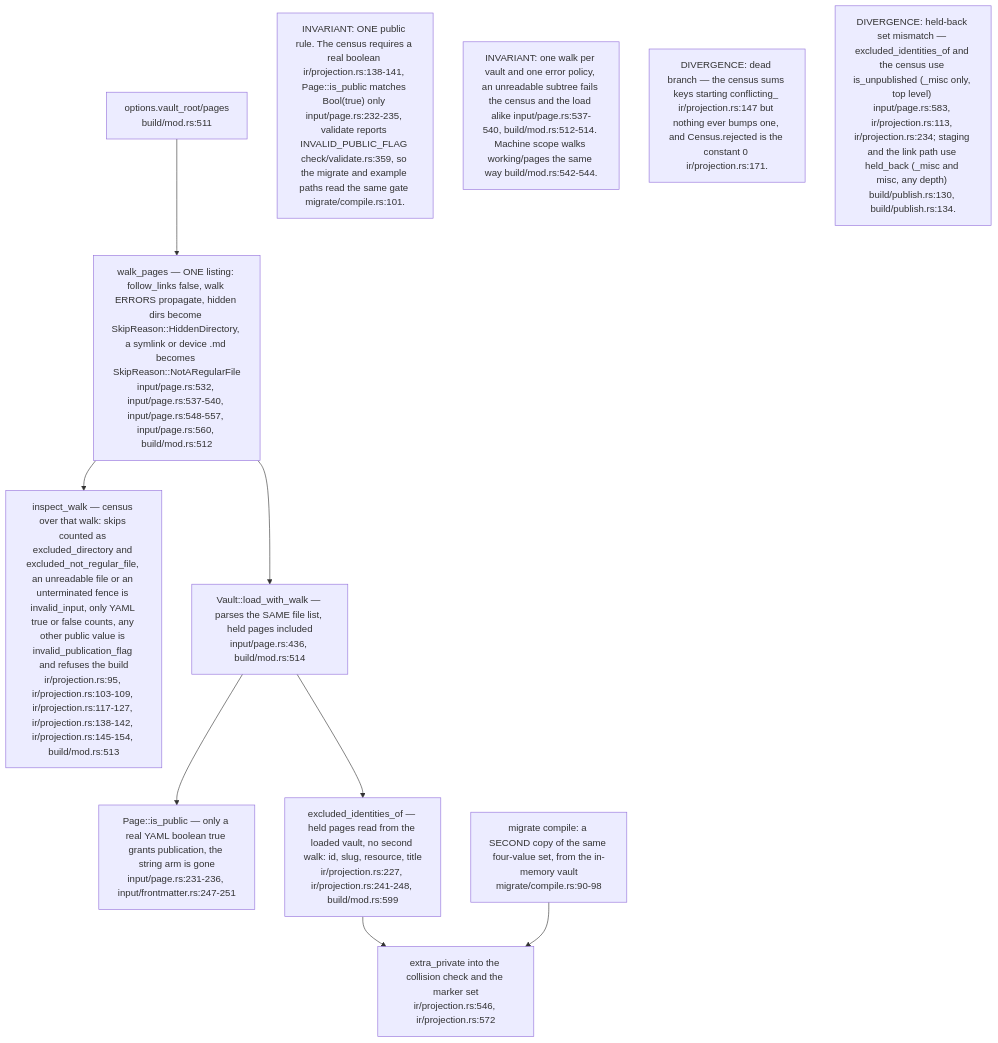
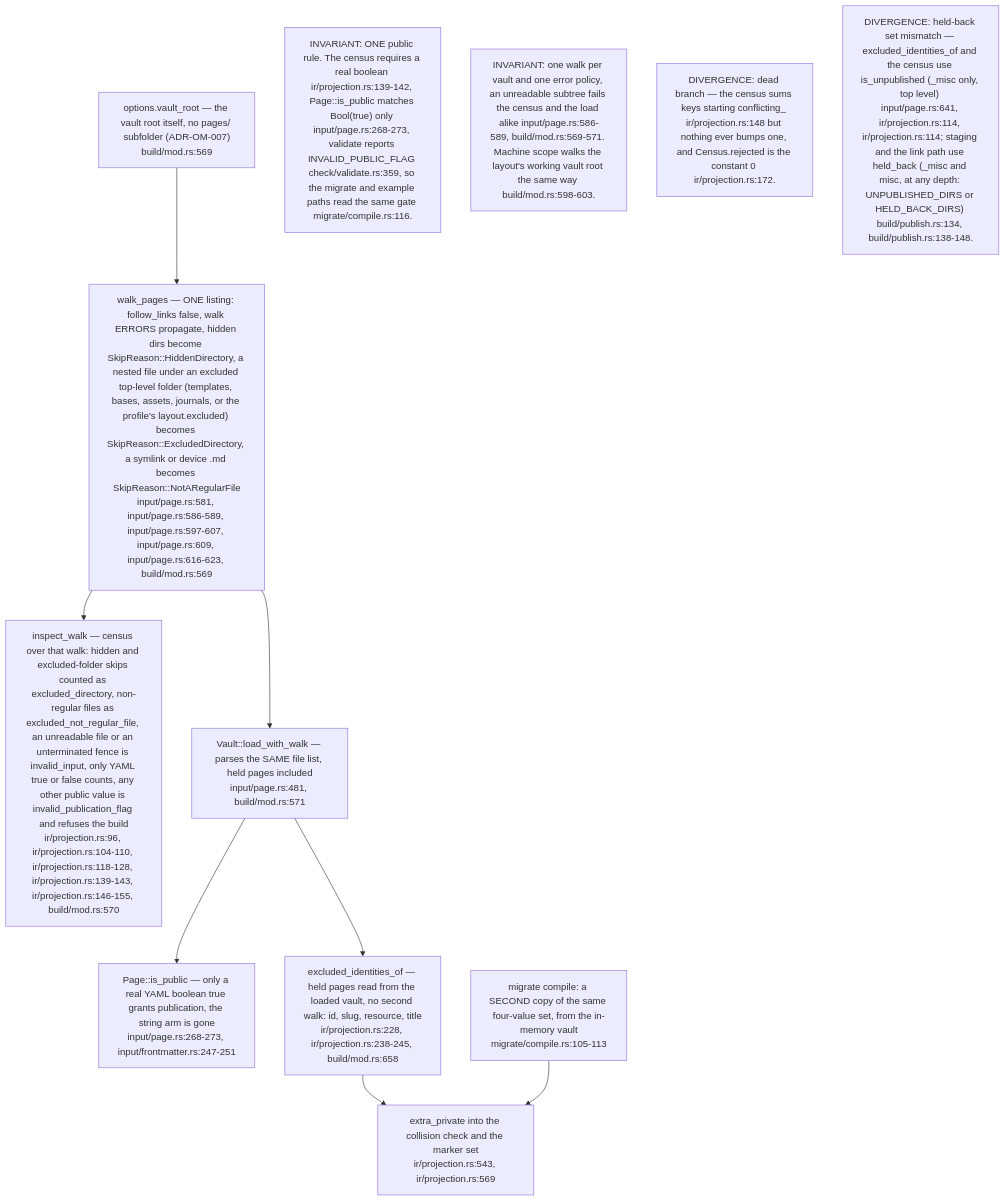
One commit to DreamLab-AI/VisionFlow changed the fifth of 6 diagrams in docs/diagrams/ontomark/02-ir-corpus-projection-and-redaction.md. Above: the diagram before and after it, drawn with Mermaid. The commit also changed other lines of this file and 160 other files, not shown here.

````diff
--- a/docs/diagrams/ontomark/02-ir-corpus-projection-and-redaction.md
+++ b/docs/diagrams/ontomark/02-ir-corpus-projection-and-redaction.md
@@ -180,20 +180,20 @@
 ```mermaid
 flowchart TD
-    DIR["options.vault_root/pages<br/>build/mod.rs:511"]
-    W1["walk_pages — ONE listing: follow_links false, walk ERRORS propagate, hidden dirs become SkipReason::HiddenDirectory, a symlink or device .md becomes SkipReason::NotARegularFile<br/>input/page.rs:532, input/page.rs:537-540, input/page.rs:548-557, input/page.rs:560, build/mod.rs:512"]
-    CEN["inspect_walk — census over that walk: skips counted as excluded_directory and excluded_not_regular_file, an unreadable file or an unterminated fence is invalid_input, only YAML true or false counts, any other public value is invalid_publication_flag and refuses the build<br/>ir/projection.rs:95, ir/projection.rs:103-109, ir/projection.rs:117-127, ir/projection.rs:138-142, ir/projection.rs:145-154, build/mod.rs:513"]
-    LOAD["Vault::load_with_walk — parses the SAME file list, held pages included<br/>input/page.rs:436, build/mod.rs:514"]
-    PUB["Page::is_public — only a real YAML boolean true grants publication, the string arm is gone<br/>input/page.rs:231-236, input/frontmatter.rs:247-251"]
-    EXC["excluded_identities_of — held pages read from the loaded vault, no second walk: id, slug, resource, title<br/>ir/projection.rs:227, ir/projection.rs:241-248, build/mod.rs:599"]
-    MIG["migrate compile: a SECOND copy of the same four-value set, from the in-memory vault<br/>migrate/compile.rs:90-98"]
-    USE["extra_private into the collision check and the marker set<br/>ir/projection.rs:546, ir/projection.rs:572"]
+    DIR["options.vault_root — the vault root itself, no pages/ subfolder (ADR-OM-007)<br/>build/mod.rs:569"]
+    W1["walk_pages — ONE listing: follow_links false, walk ERRORS propagate, hidden dirs become SkipReason::HiddenDirectory, a nested file under an excluded top-level folder (templates, bases, assets, journals, or the profile's layout.excluded) becomes SkipReason::ExcludedDirectory, a symlink or device .md becomes SkipReason::NotARegularFile<br/>input/page.rs:581, input/page.rs:586-589, input/page.rs:597-607, input/page.rs:609, input/page.rs:616-623, build/mod.rs:569"]
+    CEN["inspect_walk — census over that walk: hidden and excluded-folder skips counted as excluded_directory, non-regular files as excluded_not_regular_file, an unreadable file or an unterminated fence is invalid_input, only YAML true or false counts, any other public value is invalid_publication_flag and refuses the build<br/>ir/projection.rs:96, ir/projection.rs:104-110, ir/projection.rs:118-128, ir/projection.rs:139-143, ir/projection.rs:146-155, build/mod.rs:570"]
+    LOAD["Vault::load_with_walk — parses the SAME file list, held pages included<br/>input/page.rs:481, build/mod.rs:571"]
+    PUB["Page::is_public — only a real YAML boolean true grants publication, the string arm is gone<br/>input/page.rs:268-273, input/frontmatter.rs:247-251"]
+    EXC["excluded_identities_of — held pages read from the loaded vault, no second walk: id, slug, resource, title<br/>ir/projection.rs:228, ir/projection.rs:238-245, build/mod.rs:658"]
+    MIG["migrate compile: a SECOND copy of the same four-value set, from the in-memory vault<br/>migrate/compile.rs:105-113"]
+    USE["extra_private into the collision check and the marker set<br/>ir/projection.rs:543, ir/projection.rs:569"]
     DIR --> W1
     W1 --> CEN
     W1 --> LOAD --> PUB
     LOAD --> EXC --> USE
     MIG --> USE
-    n1["INVARIANT: ONE public rule. The census requires a real boolean ir/projection.rs:138-141, Page::is_public matches Bool(true) only input/page.rs:232-235, validate reports INVALID_PUBLIC_FLAG check/validate.rs:359, so the migrate and example paths read the same gate migrate/compile.rs:101."]
-    n2["INVARIANT: one walk per vault and one error policy, an unreadable subtree fails the census and the load alike input/page.rs:537-540, build/mod.rs:512-514. Machine scope walks working/pages the same way build/mod.rs:542-544."]
-    n4["DIVERGENCE: dead branch — the census sums keys starting conflicting_ ir/projection.rs:147 but nothing ever bumps one, and Census.rejected is the constant 0 ir/projection.rs:171."]
-    n5["DIVERGENCE: held-back set mismatch — excluded_identities_of and the census use is_unpublished (_misc only, top level) input/page.rs:583, ir/projection.rs:113, ir/projection.rs:234; staging and the link path use held_back (_misc and misc, any depth) build/publish.rs:130, build/publish.rs:134."]
+    n1["INVARIANT: ONE public rule. The census requires a real boolean ir/projection.rs:139-142, Page::is_public matches Bool(true) only input/page.rs:268-273, validate reports INVALID_PUBLIC_FLAG check/validate.rs:359, so the migrate and example paths read the same gate migrate/compile.rs:116."]
+    n2["INVARIANT: one walk per vault and one error policy, an unreadable subtree fails the census and the load alike input/page.rs:586-589, build/mod.rs:569-571. Machine scope walks the layout's working vault root the same way build/mod.rs:598-603."]
+    n4["DIVERGENCE: dead branch — the census sums keys starting conflicting_ ir/projection.rs:148 but nothing ever bumps one, and Census.rejected is the constant 0 ir/projection.rs:172."]
+    n5["DIVERGENCE: held-back set mismatch — excluded_identities_of and the census use is_unpublished (_misc only, top level) input/page.rs:641, ir/projection.rs:114, ir/projection.rs:114; staging and the link path use held_back (_misc and misc, at any depth: UNPUBLISHED_DIRS or HELD_BACK_DIRS) build/publish.rs:134, build/publish.rs:138-148."]
 ```
````
